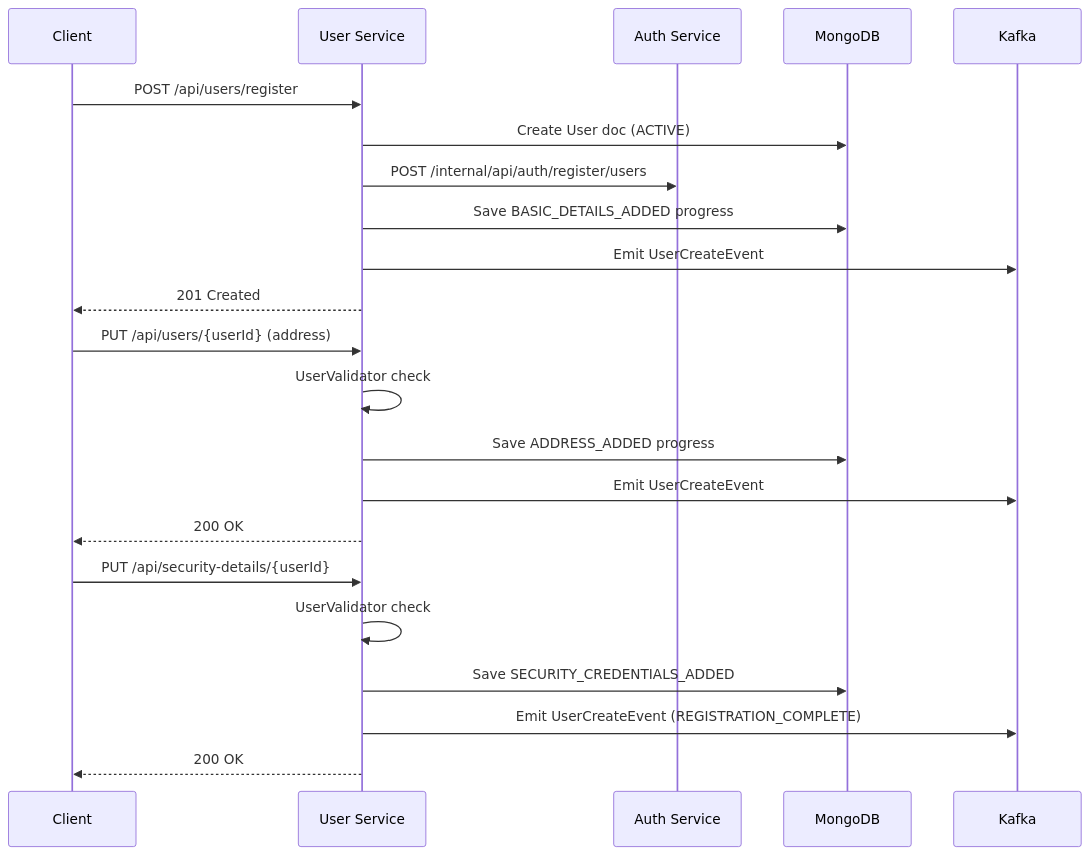
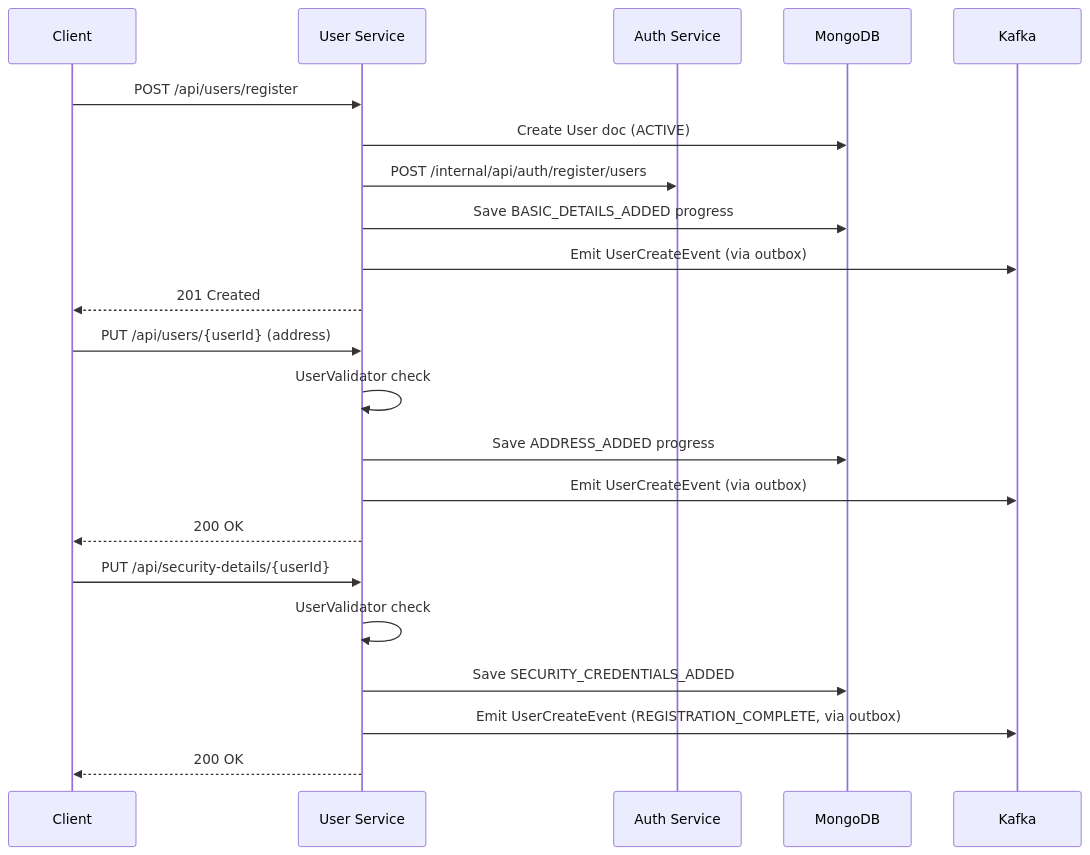
The second of 2 diagrams in content/docs/user-service/architecture.md (Event-Based-Banking-Application/arya-banking), drawn with Mermaid before and after one commit. The commit also changed other lines of this file and 8 other files, not shown here.

````diff
--- a/content/docs/user-service/architecture.md
+++ b/content/docs/user-service/architecture.md
@@ -28,27 +29,27 @@
 ```mermaid
 sequenceDiagram
     participant C as Client
     participant US as User Service
     participant KC as Auth Service
     participant MG as MongoDB
     participant KF as Kafka
 
     C->>US: POST /api/users/register
     US->>MG: Create User doc (ACTIVE)
     US->>KC: POST /internal/api/auth/register/users
     US->>MG: Save BASIC_DETAILS_ADDED progress
-    US->>KF: Emit UserCreateEvent
+    US->>KF: Emit UserCreateEvent (via outbox)
     US-->>C: 201 Created
 
     C->>US: PUT /api/users/{userId} (address)
     US->>US: UserValidator check
     US->>MG: Save ADDRESS_ADDED progress
-    US->>KF: Emit UserCreateEvent
+    US->>KF: Emit UserCreateEvent (via outbox)
     US-->>C: 200 OK
 
     C->>US: PUT /api/security-details/{userId}
     US->>US: UserValidator check
     US->>MG: Save SECURITY_CREDENTIALS_ADDED
-    US->>KF: Emit UserCreateEvent (REGISTRATION_COMPLETE)
+    US->>KF: Emit UserCreateEvent (REGISTRATION_COMPLETE, via outbox)
     US-->>C: 200 OK
 ```
````
